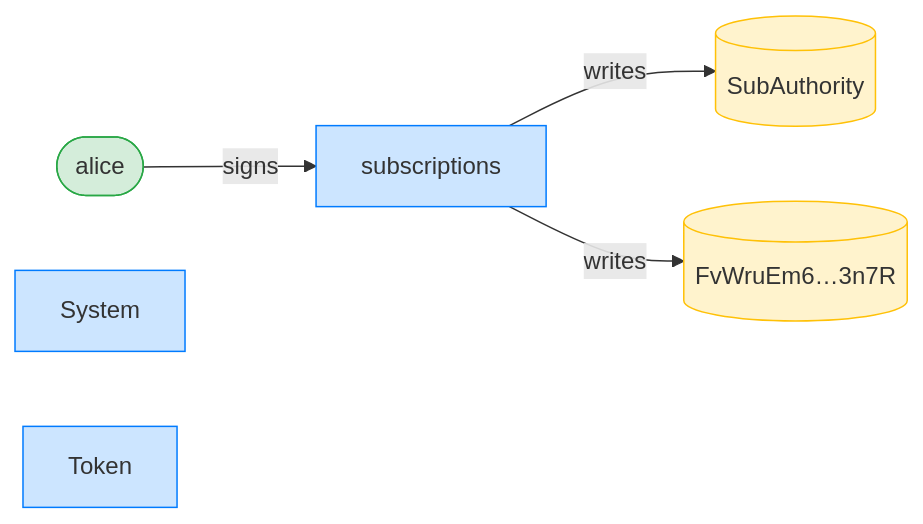
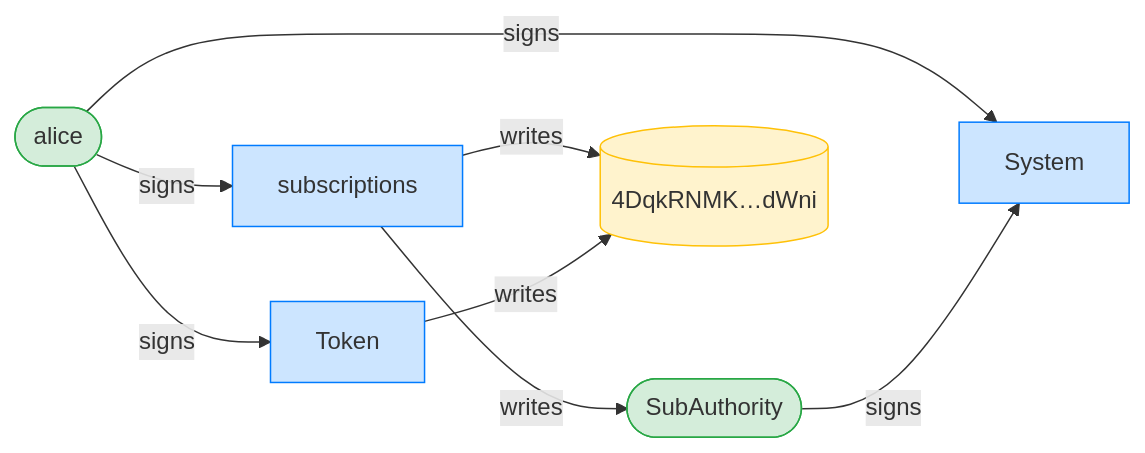
The third of 12 diagrams in dsl_tests/recurring-transfer-before-the-start-time-is-refused.md (cds-rs/subscriptions), drawn with Mermaid before and after one commit. The commit also changed other lines of this file and 224 other files, not shown here.

````diff
--- a/dsl_tests/recurring-transfer-before-the-start-time-is-refused.md
+++ b/dsl_tests/recurring-transfer-before-the-start-time-is-refused.md
@@ -55,15 +56,19 @@
 ```mermaid
 flowchart LR
     classDef signer fill:#d4edda,stroke:#28a745;
     classDef program fill:#cce5ff,stroke:#007bff;
     classDef writable fill:#fff3cd,stroke:#ffc107;
     subscriptions[subscriptions]:::program
     alice([alice]):::signer
-    SubAuthority[(SubAuthority)]:::writable
-    FvWruEm6_3n7R[("FvWruEm6…3n7R")]:::writable
+    SubAuthority([SubAuthority]):::signer
+    4DqkRNMK_dWni[("4DqkRNMK…dWni")]:::writable
     System[System]:::program
     Token[Token]:::program
     alice -->|signs| subscriptions
+    alice -->|signs| System
+    SubAuthority -->|signs| System
+    alice -->|signs| Token
     subscriptions -->|writes| SubAuthority
-    subscriptions -->|writes| FvWruEm6_3n7R
+    subscriptions -->|writes| 4DqkRNMK_dWni
+    Token -->|writes| 4DqkRNMK_dWni
 ```
````
